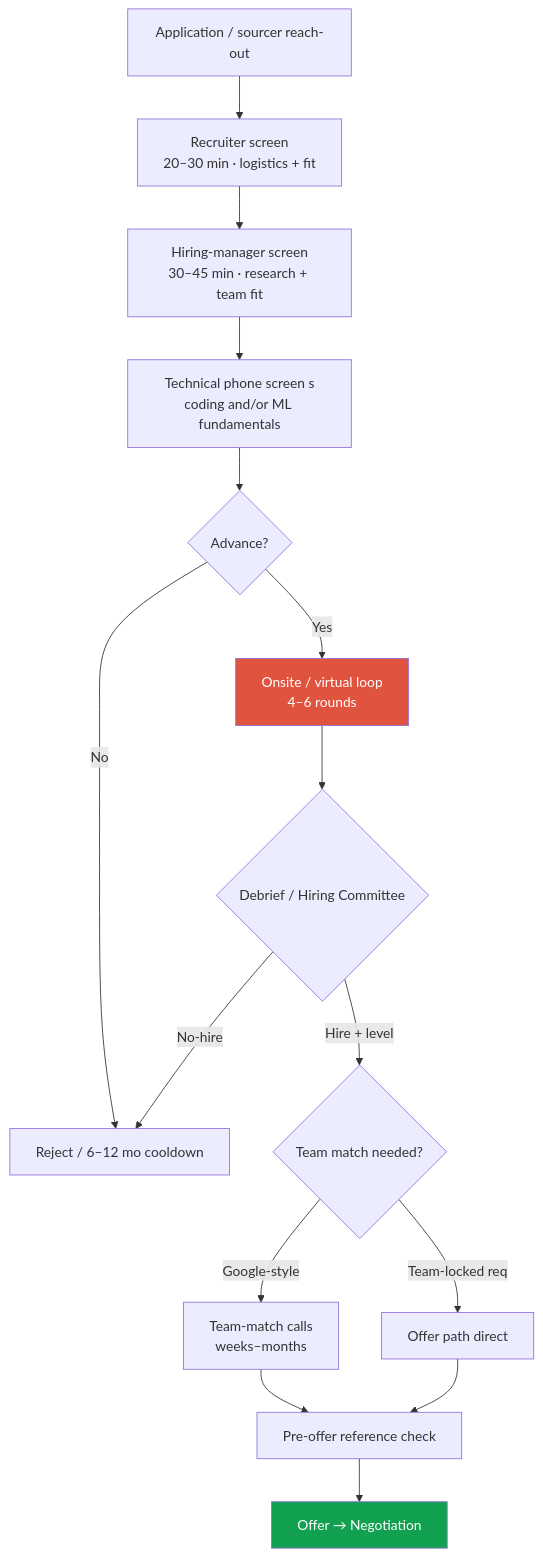
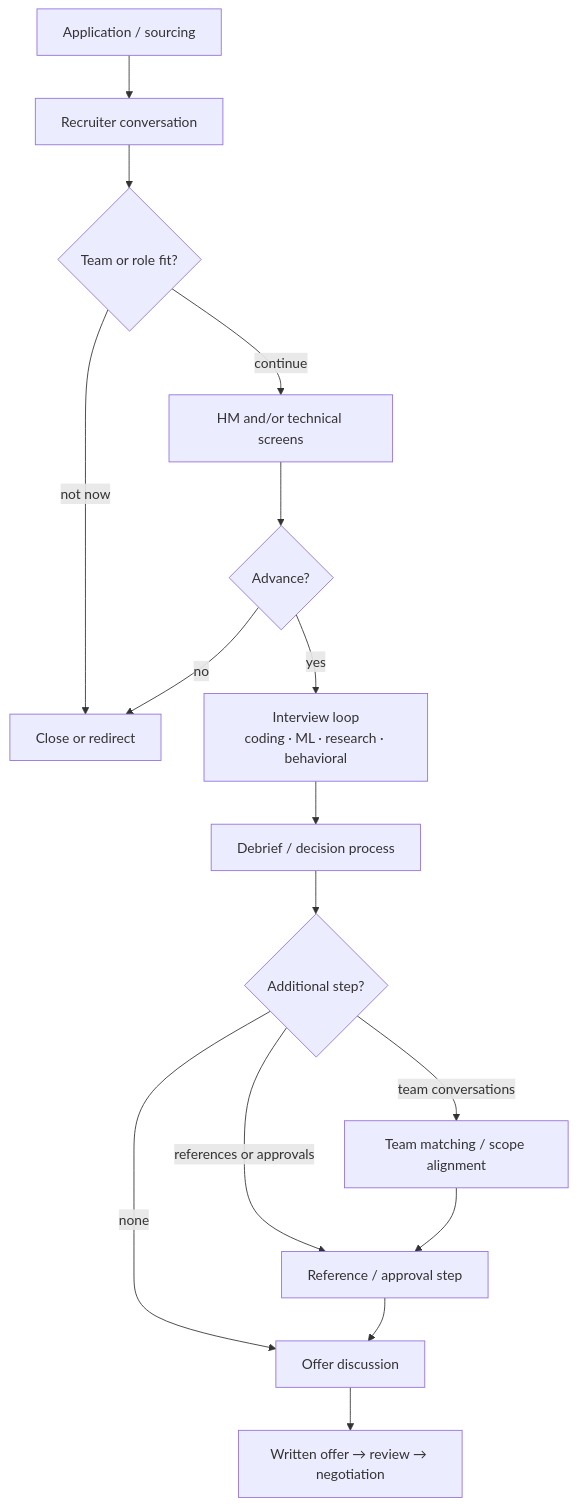
Before and after one commit to beomyoung-kim/ml_study: the diagram in content/process/pipeline.ko.md, drawn with Mermaid. The commit also changed other lines of this file and 209 other files, not shown here.

````diff
--- a/content/process/pipeline.ko.md
+++ b/content/process/pipeline.ko.md
@@ -13,19 +13,18 @@
 ```mermaid
 flowchart TD
-  A[Application / sourcer reach-out] --> B[Recruiter screen<br/>20–30 min · logistics + fit]
-  B --> C[Hiring-manager screen<br/>30–45 min · research + team fit]
-  C --> D[Technical phone screen s<br/>coding and/or ML fundamentals]
+  A[Application / sourcing] --> B[Recruiter conversation]
+  B --> C{Team or role fit?}
+  C -->|continue| D[HM and/or technical screens]
+  C -->|not now| X[Close or redirect]
   D --> E{Advance?}
-  E -->|No| X[Reject / 6–12 mo cooldown]
-  E -->|Yes| F[Onsite / virtual loop<br/>4–6 rounds]
-  F --> G{Debrief / Hiring Committee}
-  G -->|No-hire| X
-  G -->|Hire + level| H{Team match needed?}
-  H -->|Google-style| I[Team-match calls<br/>weeks–months]
-  H -->|Team-locked req| J[Offer path direct]
-  I --> K[Pre-offer reference check]
+  E -->|yes| F[Interview loop<br/>coding · ML · research · behavioral]
+  E -->|no| X
+  F --> G[Debrief / decision process]
+  G --> H{Additional step?}
+  H -->|team conversations| I[Team matching / scope alignment]
+  H -->|references or approvals| J[Reference / approval step]
+  H -->|none| K[Offer discussion]
+  I --> J
   J --> K
-  K --> L[Offer → Negotiation]
-  style F fill:#e0533f,color:#fff
-  style L fill:#12a150,color:#fff
+  K --> L[Written offer → review → negotiation]
 ```
````
